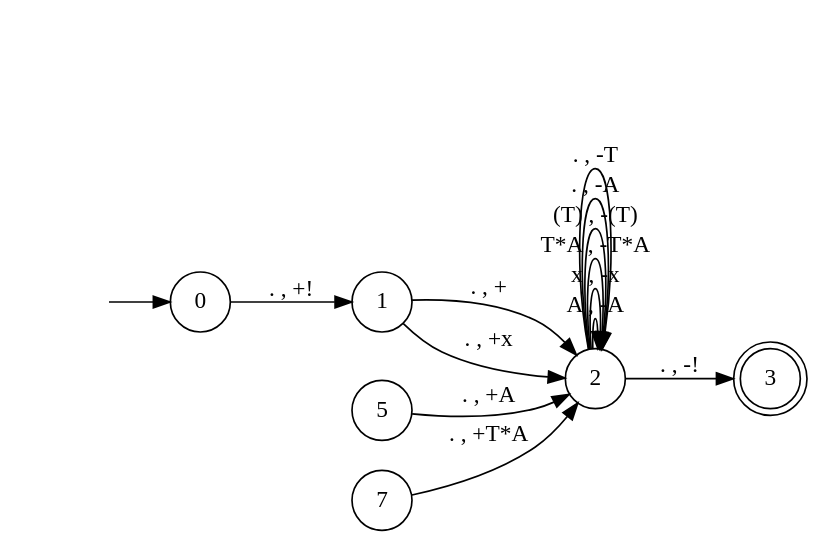
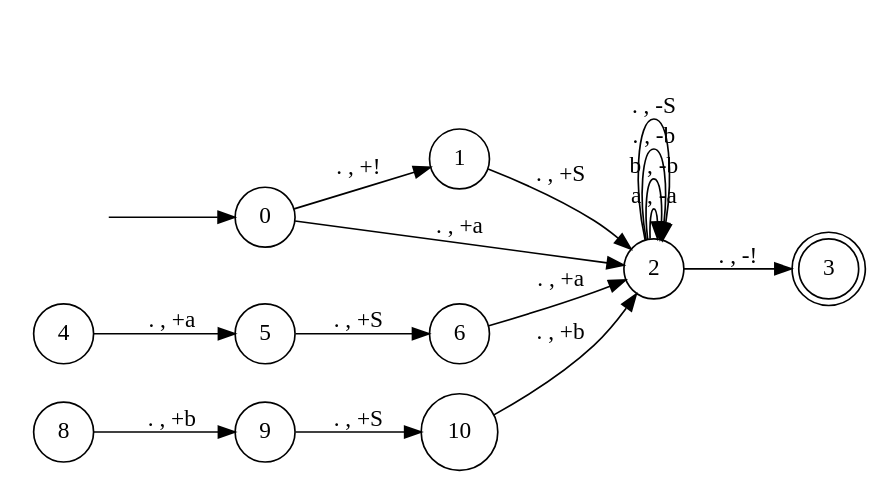
The diagram in output.gv (tsubaric/ToC), drawn with Graphviz before and after one commit. The commit also changed 4 other files, not shown here.

```diff
--- a/output.gv
+++ b/output.gv
@@ -1,20 +1,22 @@
 digraph pda {
 rankdir = LR;
 hidden [shape = plaintext, label = ""];
 node [shape = doublecircle];
 3;
 node [shape = circle];
 hidden -> 0;
 0 -> 1 [label = ". , +!"];
-1 -> 2 [label = ". , +"];
-1 -> 2 [label = ". , +x"];
-2 -> 2 [label = "A , -A"];
-2 -> 2 [label = "x , -x"];
-2 -> 2 [label = "T*A , -T*A"];
-2 -> 2 [label = "(T) , -(T)"];
-2 -> 2 [label = ". , -A"];
-2 -> 2 [label = ". , -T"];
+0 -> 2 [label = ". , +a"];
+1 -> 2 [label = ". , +S"];
+2 -> 2 [label = "a , -a"];
+2 -> 2 [label = "b , -b"];
+2 -> 2 [label = ". , -b"];
+2 -> 2 [label = ". , -S"];
 2 -> 3 [label = ". , -!"];
-5 -> 2 [label = ". , +A"];
-7 -> 2 [label = ". , +T*A"];
+4 -> 5 [label = ". , +a"];
+5 -> 6 [label = ". , +S"];
+6 -> 2 [label = ". , +a"];
+8 -> 9 [label = ". , +b"];
+9 -> 10 [label = ". , +S"];
+10 -> 2 [label = ". , +b"];
 }
```
